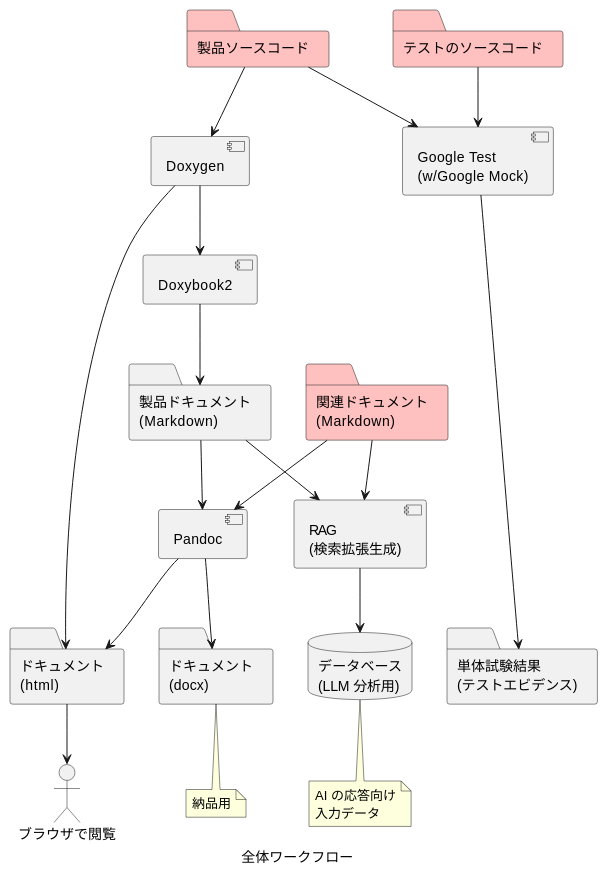
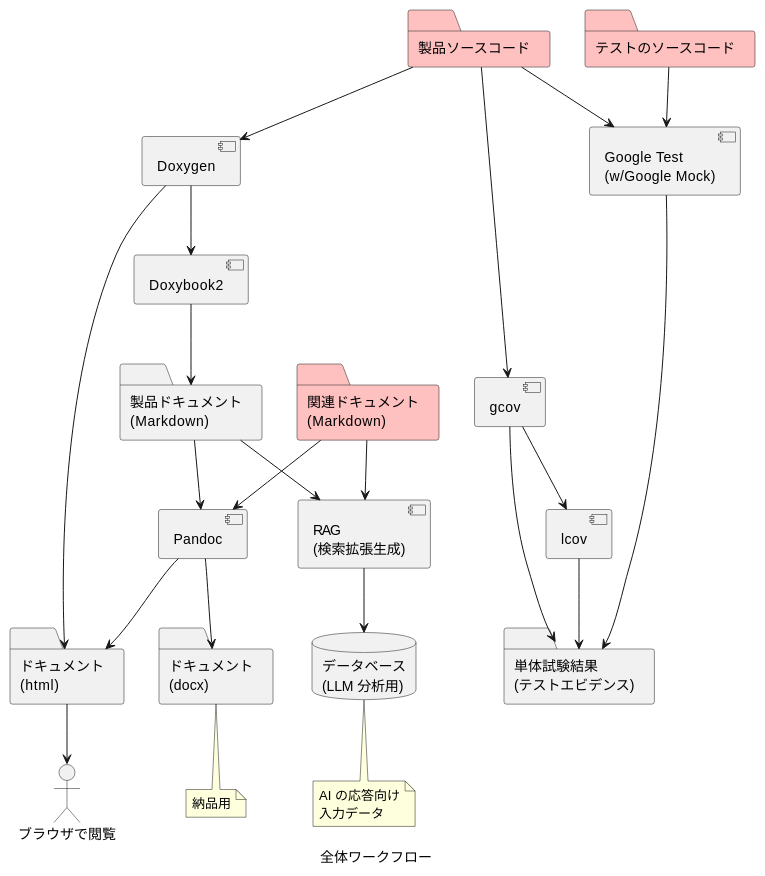
Before and after one commit to Hondarer/c-modernization-kit: the first of 2 diagrams in docs-src/about-modern-development.md, drawn with PlantUML.

Commit message:
ガイド更新

````diff
--- a/docs-src/about-modern-development.md
+++ b/docs-src/about-modern-development.md
@@ -17,41 +17,47 @@
 ```plantuml
 @startuml 全体ワークフロー
     caption 全体ワークフロー
     folder "製品ソースコード" as src #ffc0c0
     component Doxygen
     component Doxybook2
     folder "製品ドキュメント\n(Markdown)" as src_md
     folder "テストのソースコード" as test_src #ffc0c0
     folder "単体試験結果\n(テストエビデンス)" as test_evi
+    component "gcov" as gcov
+    component "lcov" as lcov
     component "Google Test\n(w/Google Mock)" as gtest
     folder "関連ドキュメント\n(Markdown)" as docs_md #ffc0c0
     component Pandoc
     folder "ドキュメント\n(html)" as html
     folder "ドキュメント\n(docx)" as docx
     note bottom
         納品用
     end note
     actor "ブラウザで閲覧" as developer
     component "RAG\n(検索拡張生成)" as rag
     database "データベース\n(LLM 分析用)" as llm_db
     note bottom
         AI の応答向け
         入力データ
     end note
     src --> Doxygen
     Doxygen --> Doxybook2
     Doxybook2 --> src_md
     Doxygen --> html
     src --> gtest
+    src --> gcov
+    gcov --> lcov
+    gcov --> test_evi
+    lcov --> test_evi
     test_src --> gtest
     gtest -----> test_evi
     docs_md --> Pandoc
     src_md --> Pandoc
     Pandoc --> html
     Pandoc --> docx
     html --> developer
     docs_md --> rag
     src_md --> rag
     rag --> llm_db
 @enduml
 ```
````
